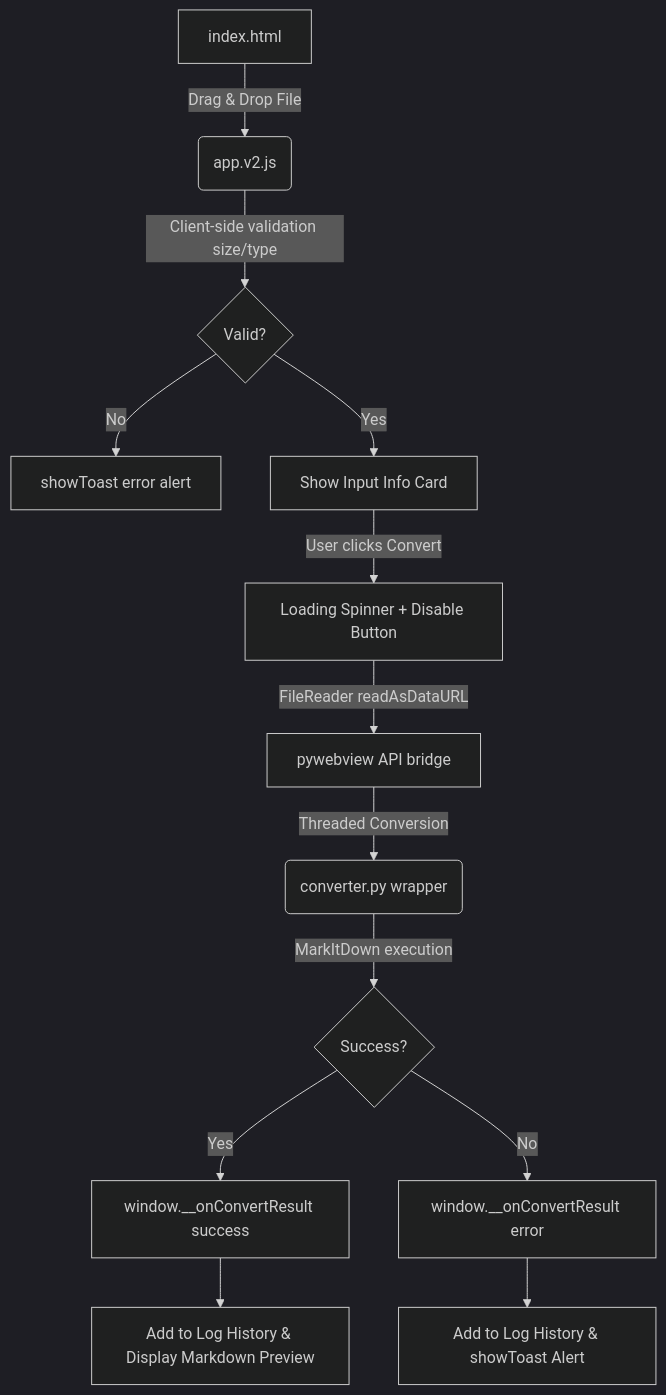
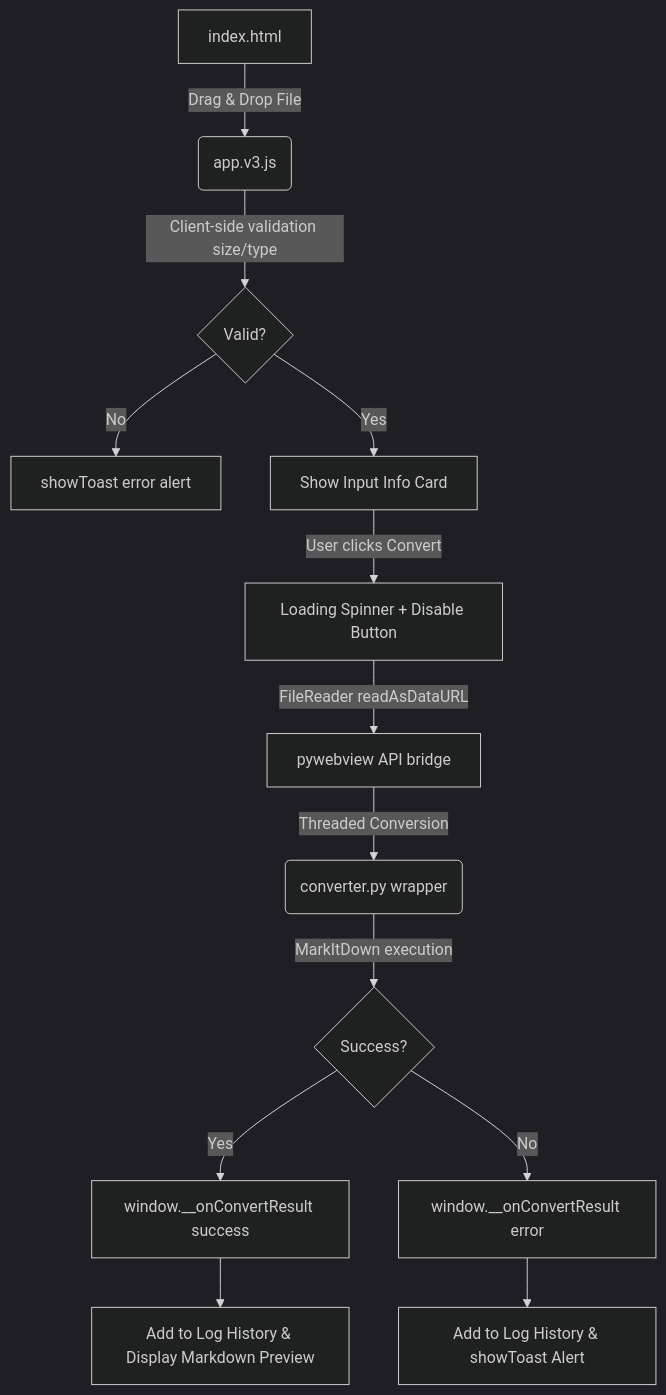
One commit to jagdeepvirdi/file-to-markdown changed the diagram in GEMINI.md. Above: the diagram before and after it, drawn with Mermaid (dark theme). The commit also changed other lines of this file and 1 other file, not shown here.

Commit message:
Update docs: document PocketSphinx signal patch and fix stale app.v2.js ref
- GEMINI.md: add explanation of the signal.signal monkey-patch used to work
  around PocketSphinx calling signal.signal() from a daemon thread; fix
  mermaid diagram which still referenced app.v2.js (now app.v3.js)
- CLAUDE.md: add the same signal-patch detail to the media_handlers.py
  architecture description

````diff
--- a/GEMINI.md
+++ b/GEMINI.md
@@ -45,15 +45,15 @@
 ```mermaid
 graph TD
-    A["index.html"] -->|Drag & Drop File| B("app.v2.js")
+    A["index.html"] -->|Drag & Drop File| B("app.v3.js")
     B -->|Client-side validation size/type| C{"Valid?"}
     C -->|No| D["showToast error alert"]
     C -->|Yes| E["Show Input Info Card"]
     E -->|User clicks Convert| F["Loading Spinner + Disable Button"]
     F -->|FileReader readAsDataURL| G["pywebview API bridge"]
     G -->|Threaded Conversion| H("converter.py wrapper")
     H -->|MarkItDown execution| I{"Success?"}
     I -->|Yes| J["window.__onConvertResult success"]
     I -->|No| K["window.__onConvertResult error"]
     J --> L["Add to Log History & Display Markdown Preview"]
     K --> M["Add to Log History & showToast Alert"]
 ```
````
